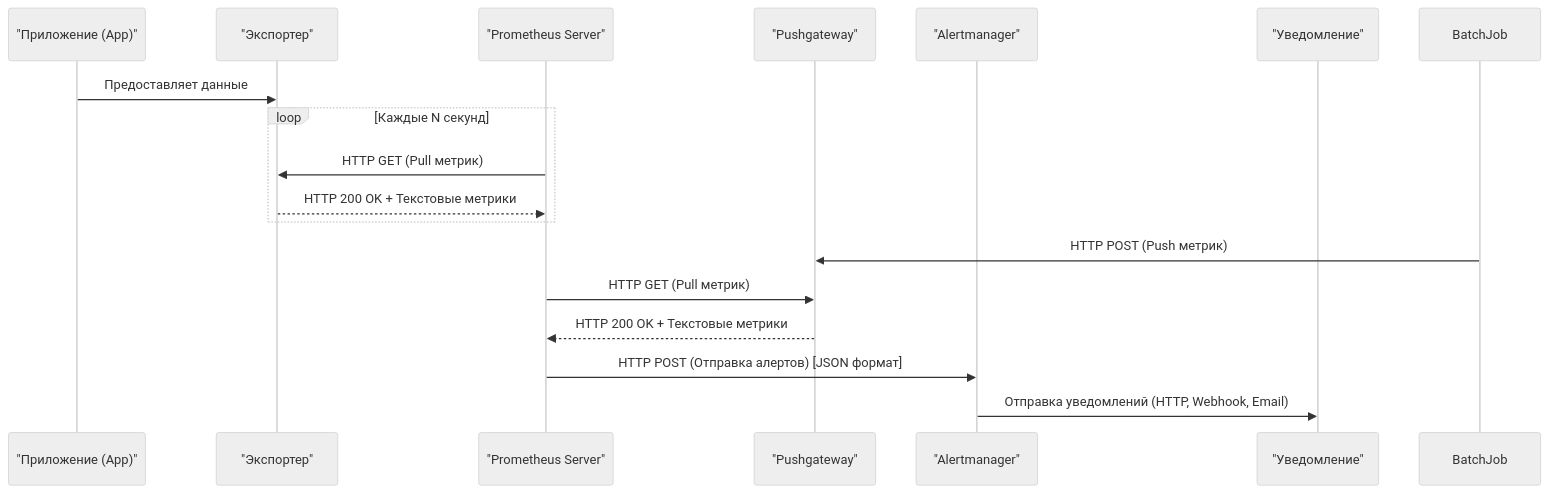
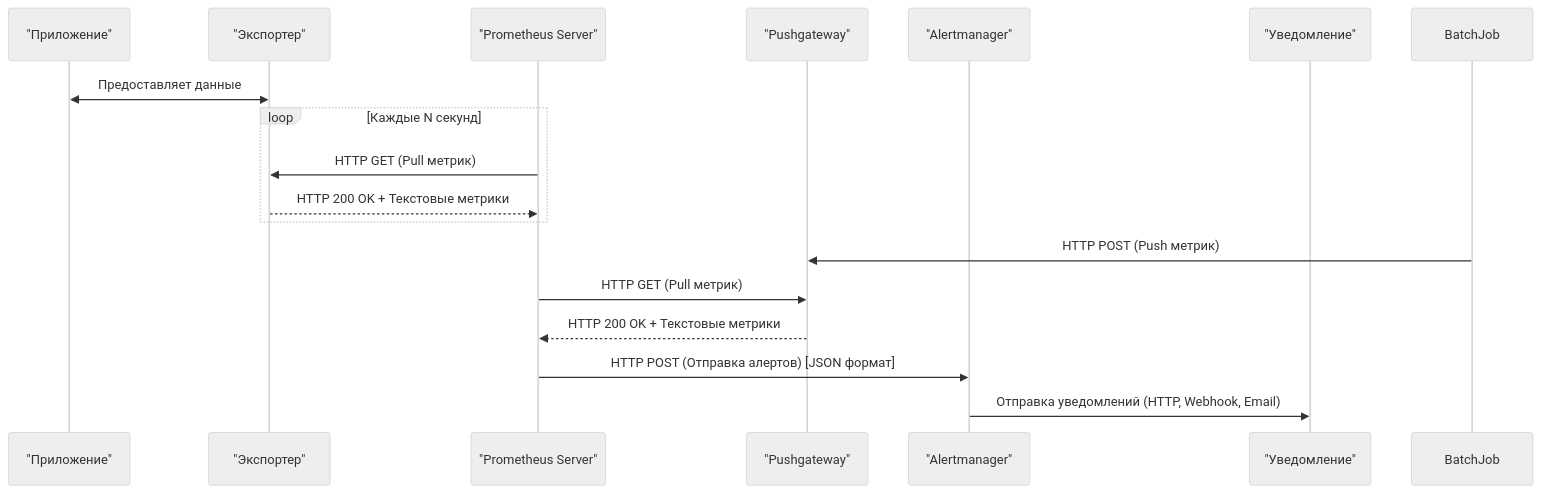
Before and after one commit to lamjob1993/linux-monitoring: the diagram in prometheus/beginning/1. Введение (Основы Prometheus).md, drawn with Mermaid (neutral theme). The commit also changed other lines of this file, not shown here.

````diff
--- a/prometheus/beginning/1. Введение (Основы Prometheus).md
+++ b/prometheus/beginning/1. Введение (Основы Prometheus).md
@@ -39,23 +39,23 @@
 ```mermaid
 sequenceDiagram
-    participant App as "Приложение (App)"
+    participant App as "Приложение"
     participant Exporter as "Экспортер"
     participant Prometheus as "Prometheus Server"
     participant Pushgateway as "Pushgateway"
     participant Alertmanager as "Alertmanager"
     participant Notification as "Уведомление"
 
-    App->>Exporter: Предоставляет данные
+    App<<->>Exporter: Предоставляет данные
     
     loop Каждые N секунд
         Prometheus->>Exporter: HTTP GET (Pull метрик)
         Exporter-->>Prometheus: HTTP 200 OK + Текстовые метрики
     end
     
     BatchJob->>Pushgateway: HTTP POST (Push метрик)
     Prometheus->>Pushgateway: HTTP GET (Pull метрик)
     Pushgateway-->>Prometheus: HTTP 200 OK + Текстовые метрики
     
     Prometheus->>Alertmanager: HTTP POST (Отправка алертов) [JSON формат]
     Alertmanager->>Notification: Отправка уведомлений (HTTP, Webhook, Email)
 ```
````
